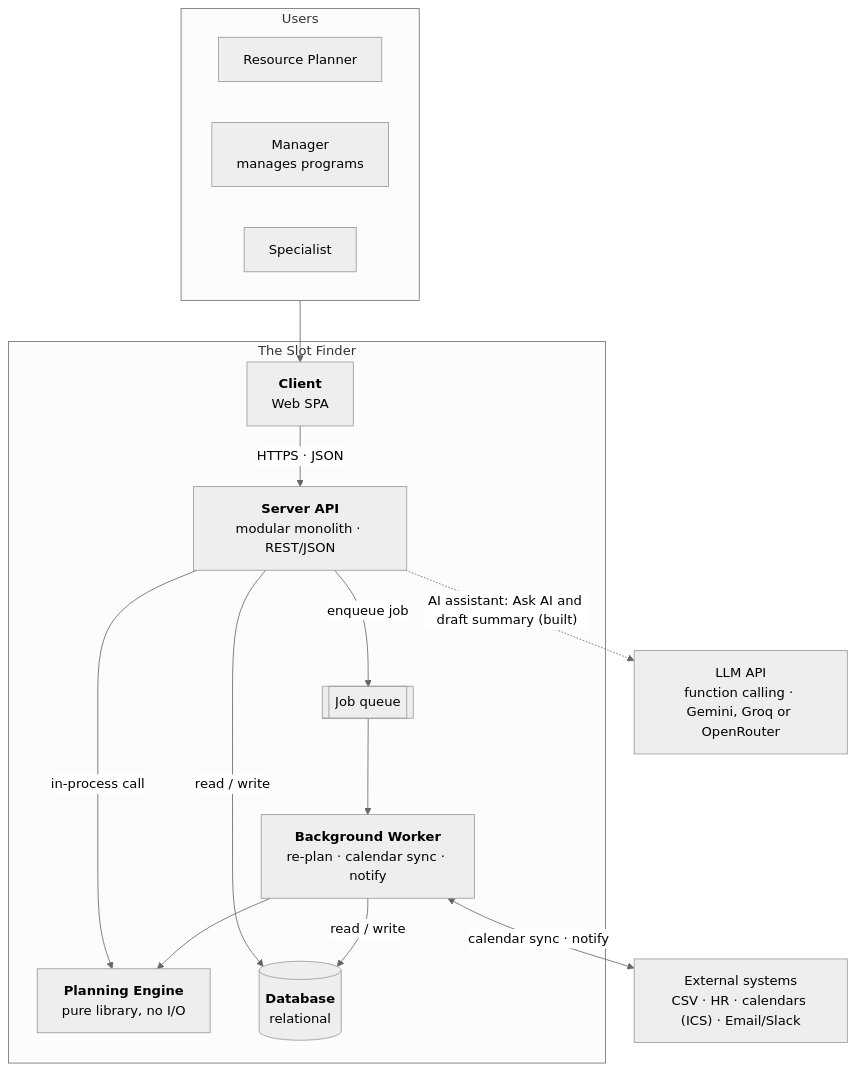
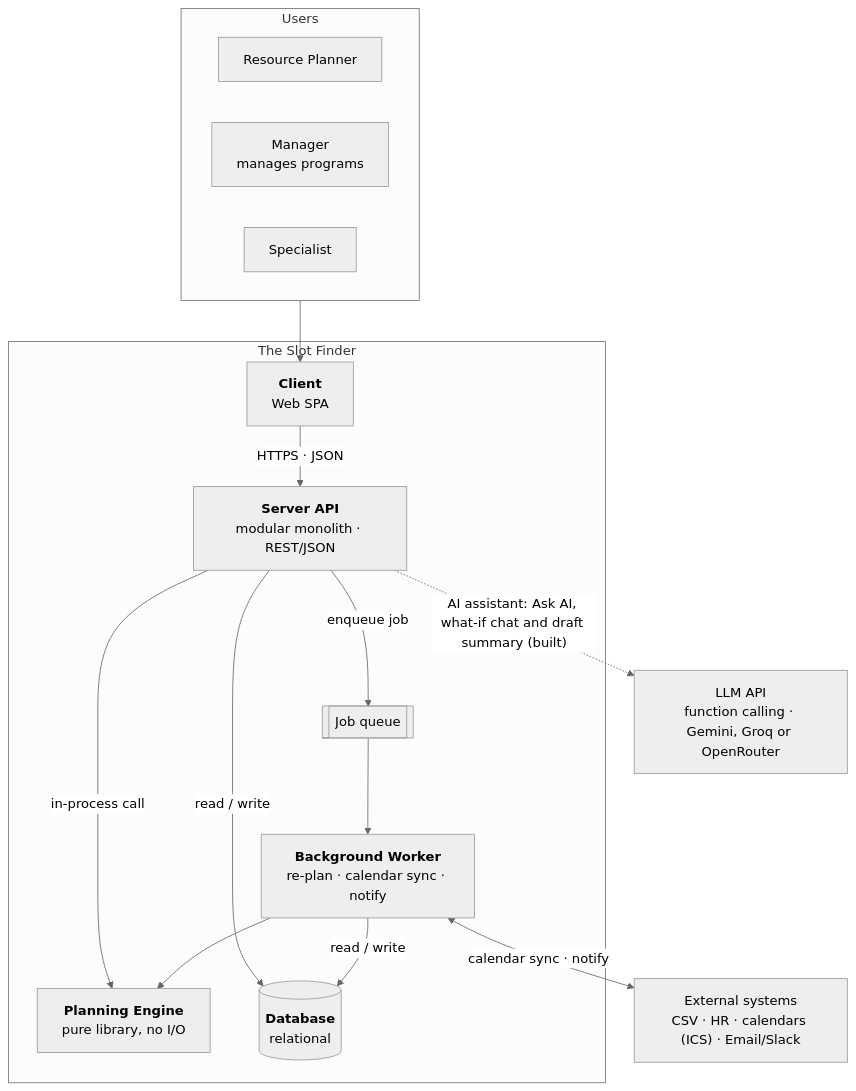
The second of 14 diagrams in README.md (dophnamm/the-slot-finder), drawn with Mermaid (neutral theme) before and after one commit. The commit also changed 4 other files, not shown here.

````diff
--- a/README.md
+++ b/README.md
@@ -84,31 +84,31 @@
 ```mermaid
 flowchart TB
   subgraph users["Users"]
     planner["Resource Planner"]
     lead["Manager<br/>manages programs"]
     spec["Specialist"]
   end
 
   subgraph sf["The Slot Finder"]
     client["<b>Client</b><br/>Web SPA"]
     api["<b>Server API</b><br/>modular monolith · REST/JSON"]
     engine["<b>Planning Engine</b><br/>pure library, no I/O"]
     queue[["Job queue"]]
     worker["<b>Background Worker</b><br/>re-plan · calendar sync · notify"]
     db[("<b>Database</b><br/>relational")]
   end
 
   ext["External systems<br/>CSV · HR · calendars (ICS) · Email/Slack"]
   llm["LLM API<br/>function calling · Gemini, Groq or OpenRouter"]
 
   users --> client
   client -->|"HTTPS · JSON"| api
   api -->|"in-process call"| engine
   api -->|"read / write"| db
   api -->|"enqueue job"| queue
   queue --> worker
   worker --> engine
   worker -->|"read / write"| db
   worker <-->|"calendar sync · notify"| ext
-  api -.->|"AI assistant: Ask AI and draft summary (built)"| llm
+  api -.->|"AI assistant: Ask AI, what-if chat and draft summary (built)"| llm
 ```
````
